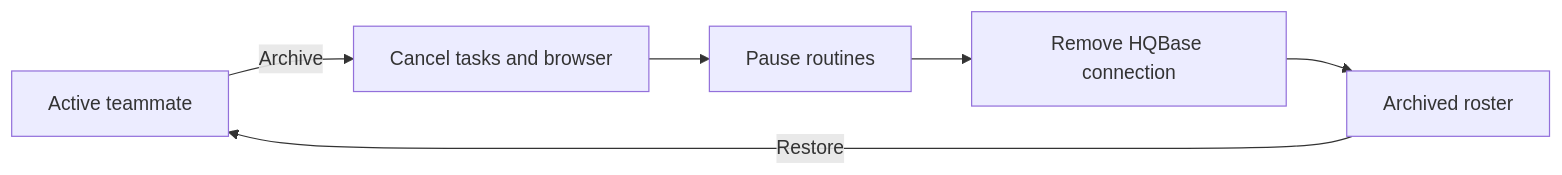
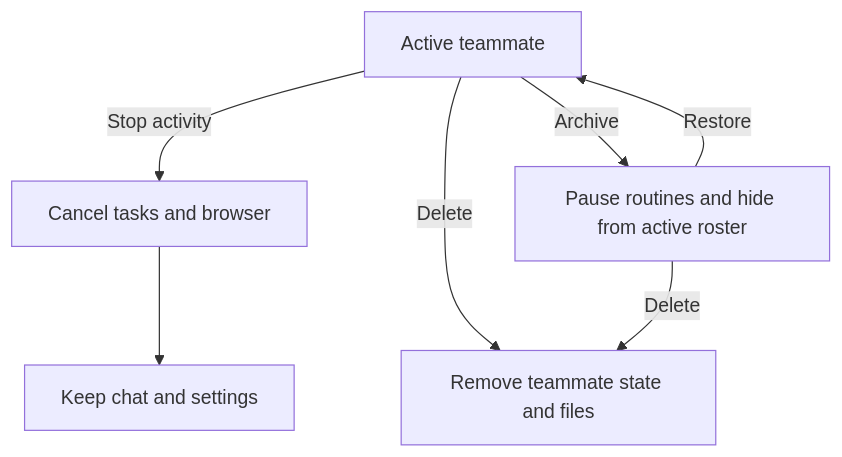
One commit to HQBase/hqbot changed the third of 3 diagrams in docs/architecture.md. Above: the diagram before and after it, drawn with Mermaid. The commit also changed other lines of this file and 10 other files, not shown here.

````diff
--- a/docs/architecture.md
+++ b/docs/architecture.md
@@ -44,8 +47,9 @@
 ```mermaid
-flowchart LR
-  Active[Active teammate] -->|Archive| Stop[Cancel tasks and browser]
-  Stop --> Pause[Pause routines]
-  Pause --> Disconnect[Remove HQBase connection]
-  Disconnect --> Archived[Archived roster]
+flowchart TD
+  Active[Active teammate] -->|Stop activity| Stop[Cancel tasks and browser]
+  Stop --> Idle[Keep chat and settings]
+  Active -->|Archive| Archived[Pause routines and hide from active roster]
   Archived -->|Restore| Active
+  Active -->|Delete| Delete[Remove teammate state and files]
+  Archived -->|Delete| Delete
 ```
````
